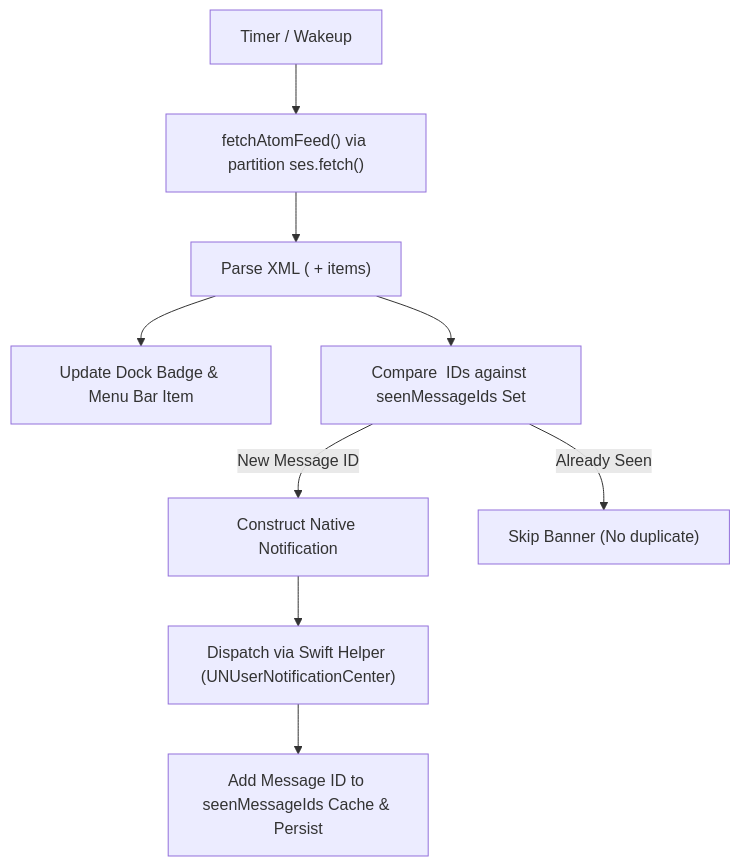
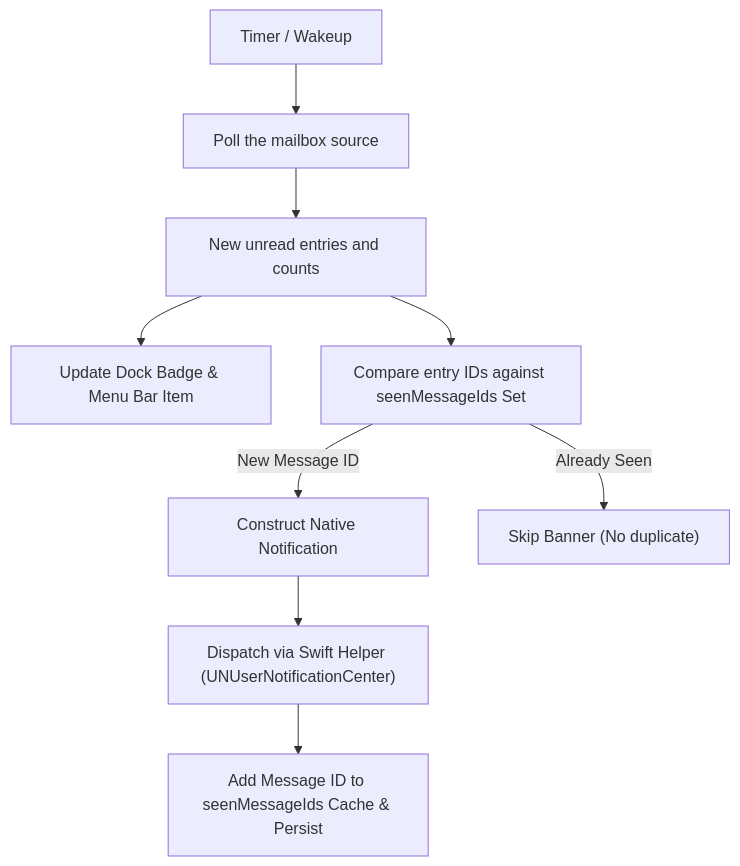
One commit to alxhslm/magic-apps changed the diagram in docs/magimail/notifications.md. Above: the diagram before and after it, drawn with Mermaid. The commit also changed other lines of this file and 11 other files, not shown here.

First line of the commit message:
docs(magimail): move feed and cache detail into unread counts

````diff
--- a/docs/magimail/notifications.md
+++ b/docs/magimail/notifications.md
@@ -12,14 +12,14 @@
 ```mermaid
 graph TD
-    A["Timer / Wakeup"] --> B["fetchAtomFeed() via partition ses.fetch()"]
-    B --> C["Parse XML (<fullcount> + <entry> items)"]
+    A["Timer / Wakeup"] --> B["Poll the mailbox source"]
+    B --> C["New unread entries and counts"]
 
     C --> D["Update Dock Badge & Menu Bar Item"]
-    C --> E["Compare <entry> IDs against seenMessageIds Set"]
+    C --> E["Compare entry IDs against seenMessageIds Set"]
 
     E -->|New Message ID| F["Construct Native Notification"]
     F --> G["Dispatch via Swift Helper (UNUserNotificationCenter)"]
     G --> H["Add Message ID to seenMessageIds Cache & Persist"]
 
     E -->|Already Seen| I["Skip Banner (No duplicate)"]
 ```
````
